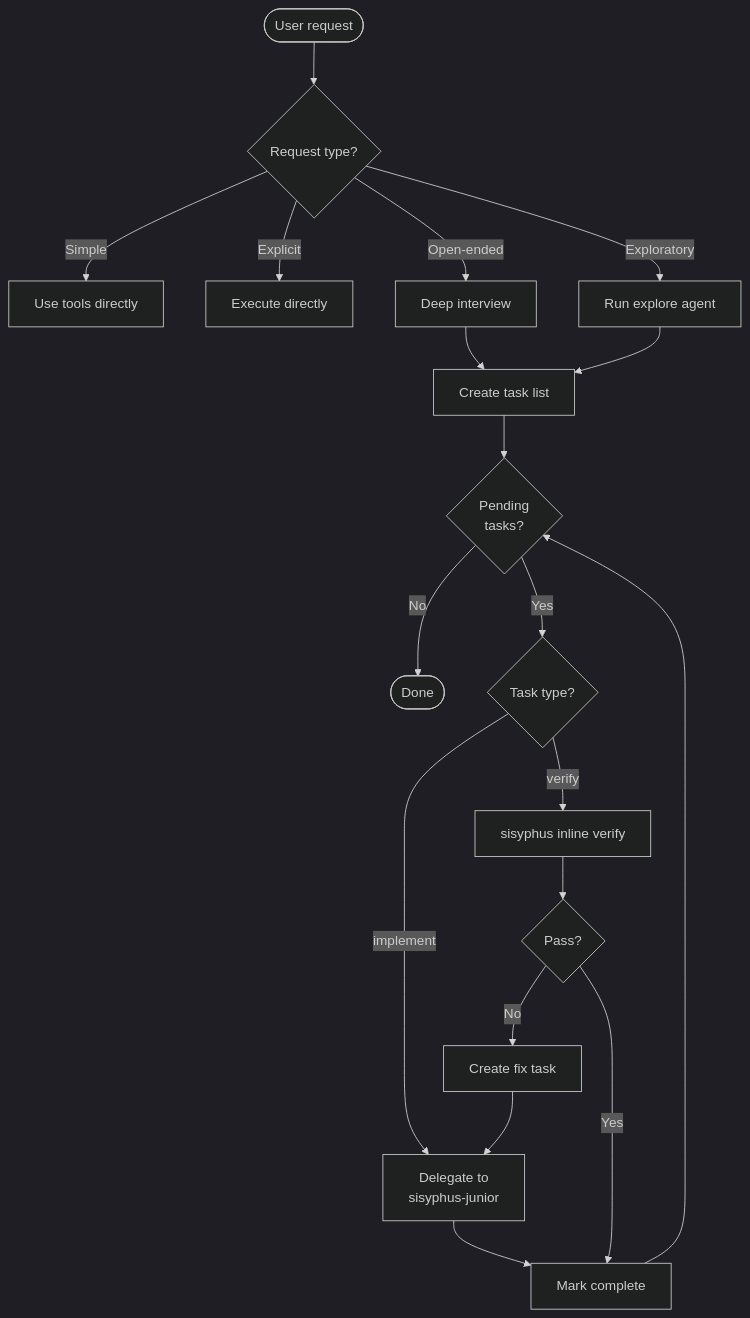
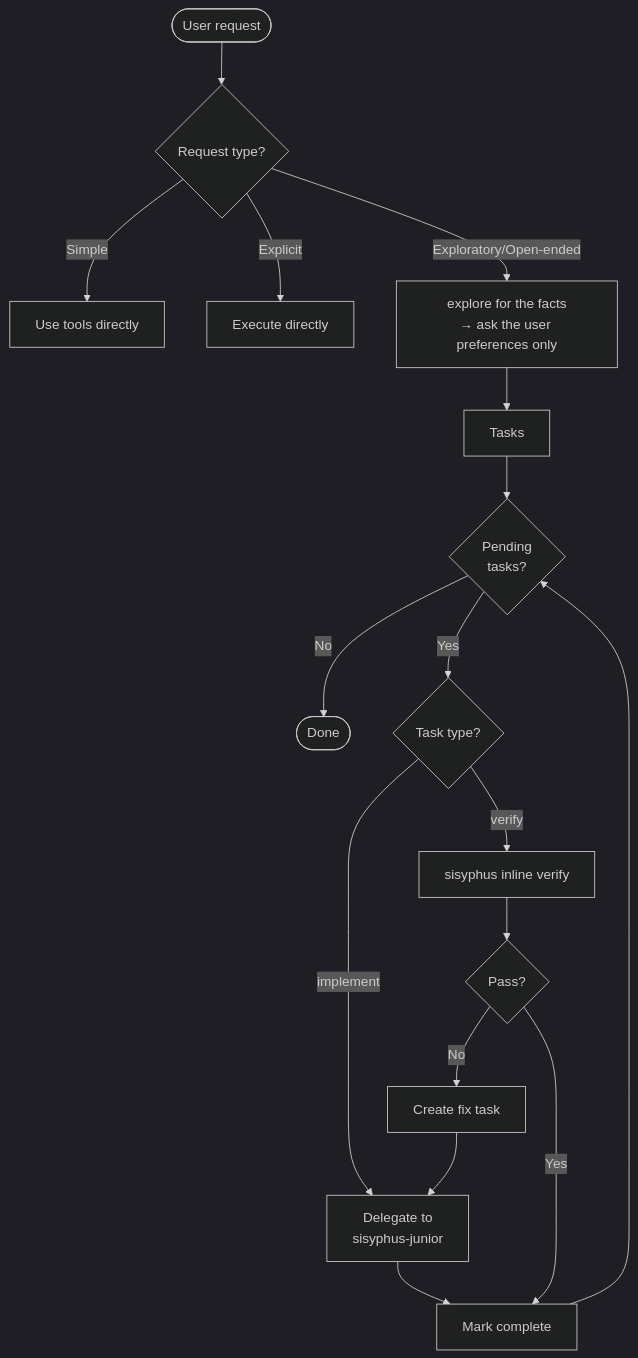
One commit to toongri/oh-my-toong-playground changed the fourth of 4 diagrams in docs/skills/core-pipeline.en.md. Above: the diagram before and after it, drawn with Mermaid (dark theme). The commit also changed other lines of this file and 3 other files, not shown here.

````diff
--- a/docs/skills/core-pipeline.en.md
+++ b/docs/skills/core-pipeline.en.md
@@ -131,23 +131,21 @@
 ```mermaid
 flowchart TB
     Start([User request]) --> Classify{Request type?}
     Classify -->|Simple| Direct[Use tools directly]
     Classify -->|Explicit| Execute[Execute directly]
-    Classify -->|Exploratory| Explore[Run explore agent]
-    Classify -->|Open-ended| Interview[Deep interview]
+    Classify -->|Exploratory/Open-ended| Explore[explore for the facts<br/>→ ask the user preferences only]
 
-    Interview --> Tasks[Create task list]
     Explore --> Tasks
 
     Tasks --> Loop{Pending<br/>tasks?}
     Loop -->|No| Done([Done])
     Loop -->|Yes| Route{Task type?}
     Route -->|implement| Delegate[Delegate to<br/>sisyphus-junior]
     Delegate --> Complete[Mark complete]
     Route -->|verify| Review[sisyphus inline verify]
     Review --> Pass{Pass?}
     Pass -->|Yes| Complete
     Pass -->|No| Fix[Create fix task]
     Fix --> Delegate
     Complete --> Loop
 ```
````
